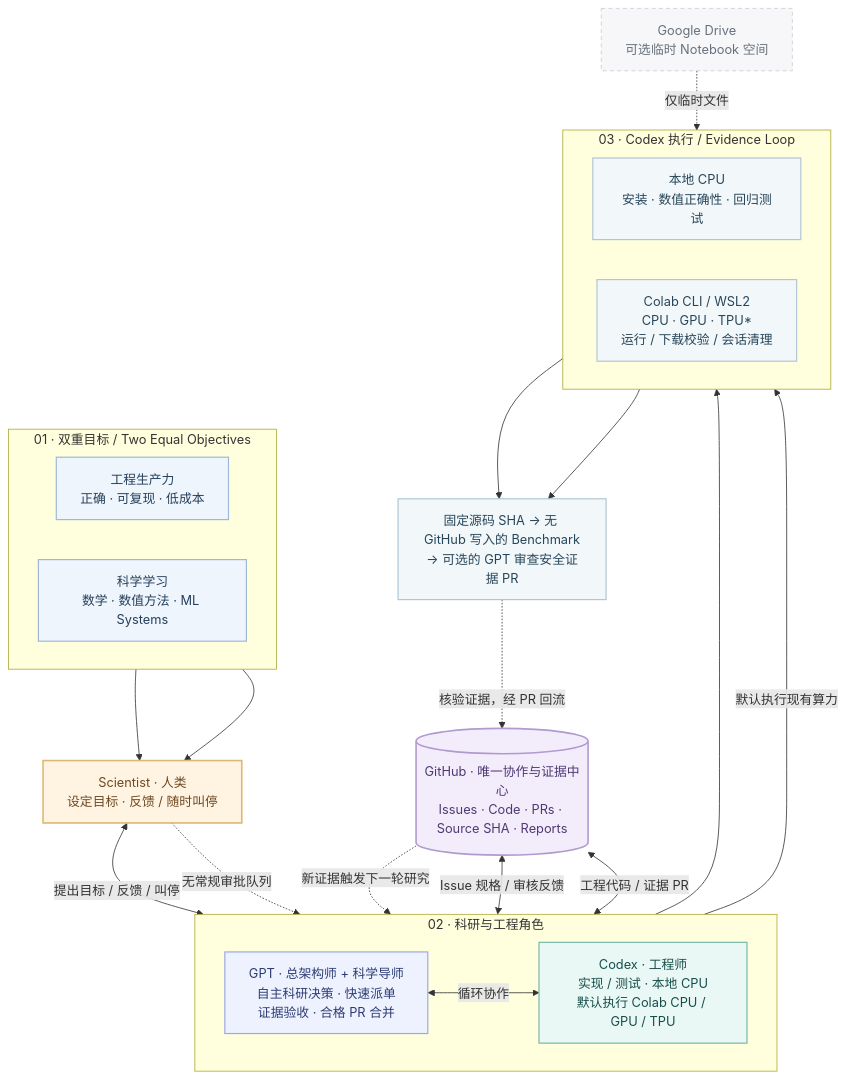
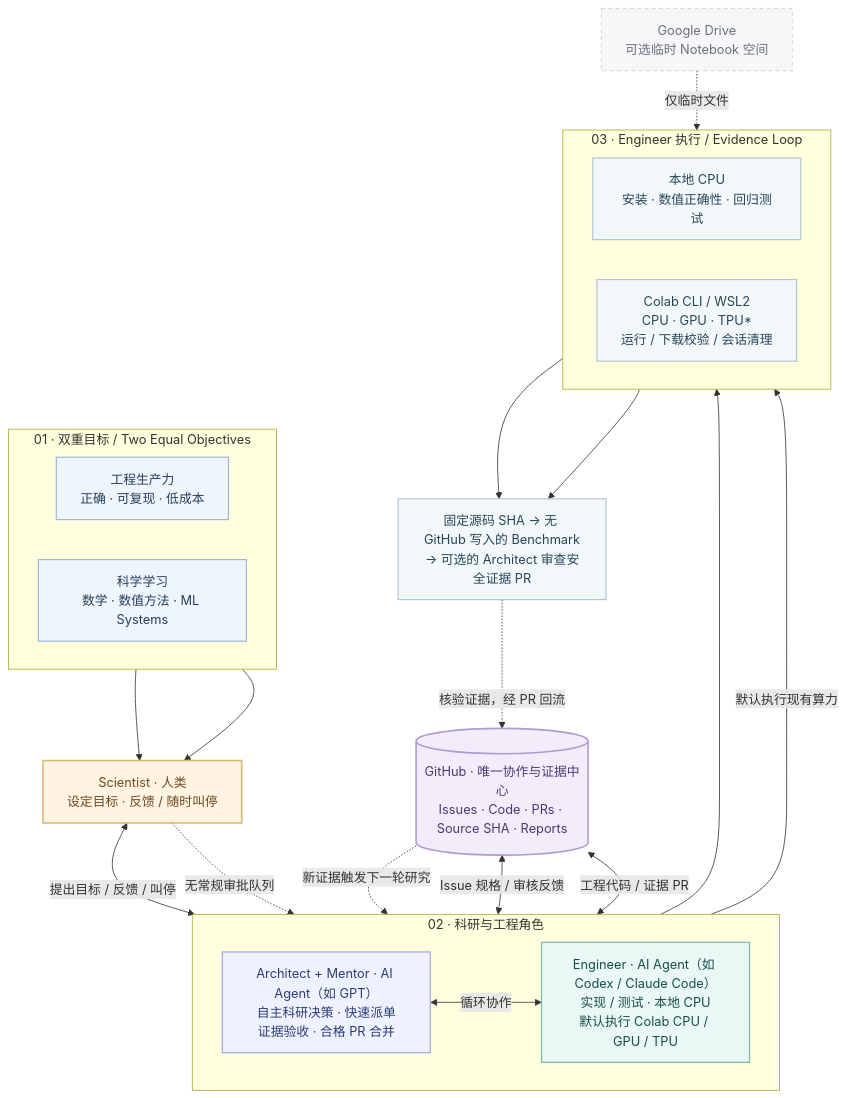
The diagram in README.zh-CN.md (JohnnyZPiggy/SAE-Framework), drawn with Mermaid before and after one commit. The commit also changed other lines of this file and 19 other files, not shown here.

````diff
--- a/README.zh-CN.md
+++ b/README.zh-CN.md
@@ -20,57 +24,57 @@
 ```mermaid
 flowchart TB
     subgraph OBJECTIVES["01 · 双重目标 / Two Equal Objectives"]
       direction LR
       O1["工程生产力<br/>正确 · 可复现 · 低成本"]
       O2["科学学习<br/>数学 · 数值方法 · ML Systems"]
     end
 
     S["Scientist · 人类<br/>设定目标 · 反馈 / 随时叫停"]
 
     subgraph PEOPLE["02 · 科研与工程角色"]
       direction LR
-      G["GPT · 总架构师 + 科学导师<br/>自主科研决策 · 快速派单<br/>证据验收 · 合格 PR 合并"]
-      E["Codex · 工程师<br/>实现 / 测试 · 本地 CPU<br/>默认执行 Colab CPU / GPU / TPU"]
+      G["Architect + Mentor · AI Agent（如 GPT）<br/>自主科研决策 · 快速派单<br/>证据验收 · 合格 PR 合并"]
+      E["Engineer · AI Agent（如 Codex / Claude Code）<br/>实现 / 测试 · 本地 CPU<br/>默认执行 Colab CPU / GPU / TPU"]
     end
 
     H[("GitHub · 唯一协作与证据中心<br/>Issues · Code · PRs · Source SHA · Reports")]
 
-    subgraph COMPUTE["03 · Codex 执行 / Evidence Loop"]
+    subgraph COMPUTE["03 · Engineer 执行 / Evidence Loop"]
       direction LR
       L["本地 CPU<br/>安装 · 数值正确性 · 回归测试"]
       C["Colab CLI / WSL2<br/>CPU · GPU · TPU*<br/>运行 / 下载校验 / 会话清理"]
     end
 
-    P["固定源码 SHA → 无 GitHub 写入的 Benchmark<br/>→ 可选的 GPT 审查安全证据 PR"]
+    P["固定源码 SHA → 无 GitHub 写入的 Benchmark<br/>→ 可选的 Architect 审查安全证据 PR"]
     D["Google Drive<br/>可选临时 Notebook 空间"]
 
     O1 --> S
     O2 --> S
     S <-->|提出目标 / 反馈 / 叫停| G
     S -.->|无常规审批队列| E
     G <-->|Issue 规格 / 审核反馈| H
     E <-->|工程代码 / 证据 PR| H
     G <-->|循环协作| E
     E --> L
     E -->|默认执行现有算力| C
     L --> P
     C --> P
     P -.->|核验证据，经 PR 回流| H
     D -.->|仅临时文件| C
     H -.->|新证据触发下一轮研究| G
 
     classDef goal fill:#EFF5FC,stroke:#9EB9D8,color:#243F5B,stroke-width:1.5px
     classDef human fill:#FFF4E2,stroke:#DDB875,color:#6E4820,stroke-width:2px
     classDef agent fill:#EEF2FF,stroke:#9FA8E7,color:#2D3D73,stroke-width:1.5px
     classDef engineer fill:#EAF8F5,stroke:#78B8AD,color:#164E4B,stroke-width:1.5px
     classDef github fill:#F3EDFB,stroke:#B19ACF,color:#4E3974,stroke-width:2px
     classDef compute fill:#F2F7FA,stroke:#B1C6D4,color:#274659,stroke-width:1.5px
     classDef scratch fill:#F7F7F9,stroke:#C8CBD0,color:#66717D,stroke-dasharray:5 4
     class O1,O2 goal
     class S human
     class G agent
     class E engineer
     class H github
     class L,C,P compute
     class D scratch
 ```
````
